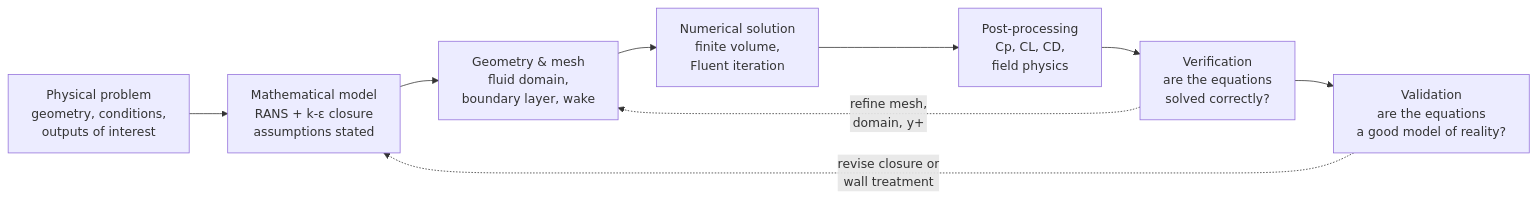
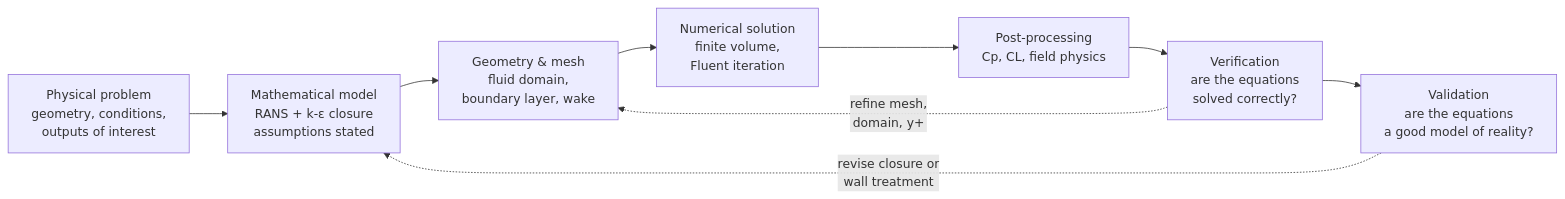
The diagram in naca0012-airfoil/README.md (Jadbadawi/Simulation), drawn with Mermaid before and after one commit. The commit also changed other lines of this file and 1 other file, not shown here.

````diff
--- a/naca0012-airfoil/README.md
+++ b/naca0012-airfoil/README.md
@@ -60,11 +85,11 @@
 ```mermaid
 flowchart LR
     A["Physical problem<br/>geometry, conditions,<br/>outputs of interest"] --> B["Mathematical model<br/>RANS + k-ε closure<br/>assumptions stated"]
     B --> C["Geometry & mesh<br/>fluid domain,<br/>boundary layer, wake"]
     C --> D["Numerical solution<br/>finite volume,<br/>Fluent iteration"]
-    D --> E["Post-processing<br/>Cp, CL, CD,<br/>field physics"]
+    D --> E["Post-processing<br/>Cp, CL, field physics"]
     E --> F["Verification<br/>are the equations<br/>solved correctly?"]
     F --> G["Validation<br/>are the equations<br/>a good model of reality?"]
     F -.->|refine mesh,<br/>domain, y+| C
     G -.->|revise closure or<br/>wall treatment| B
 ```
````
